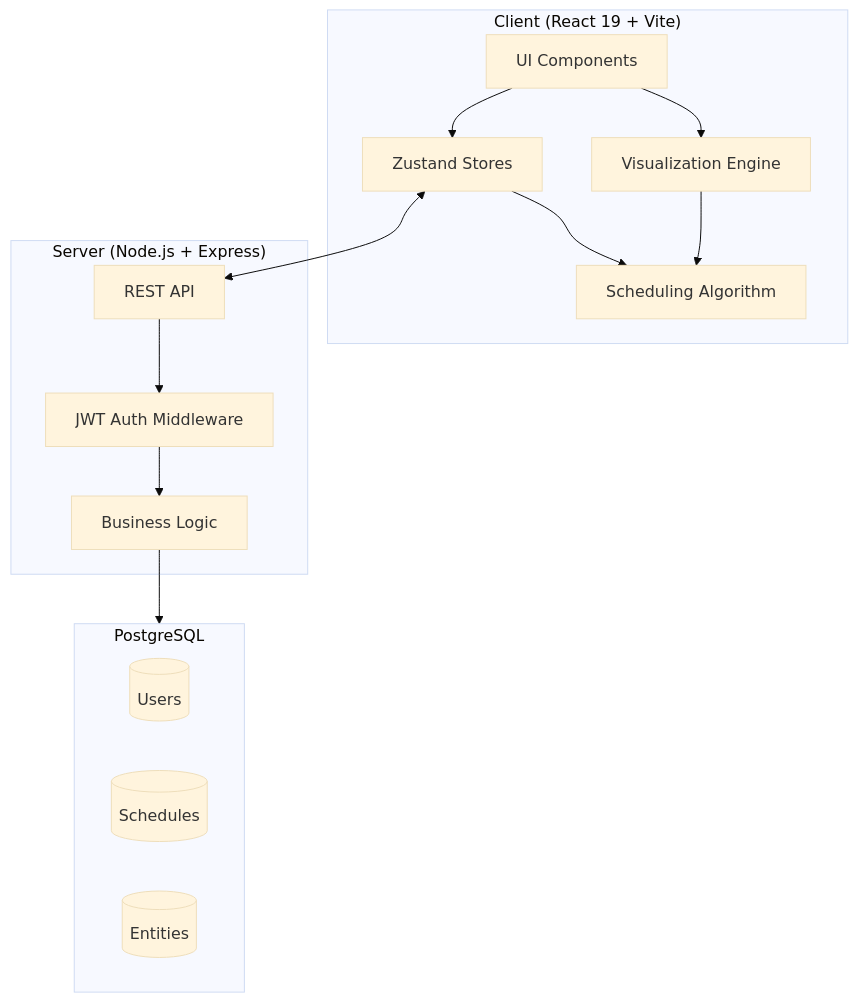
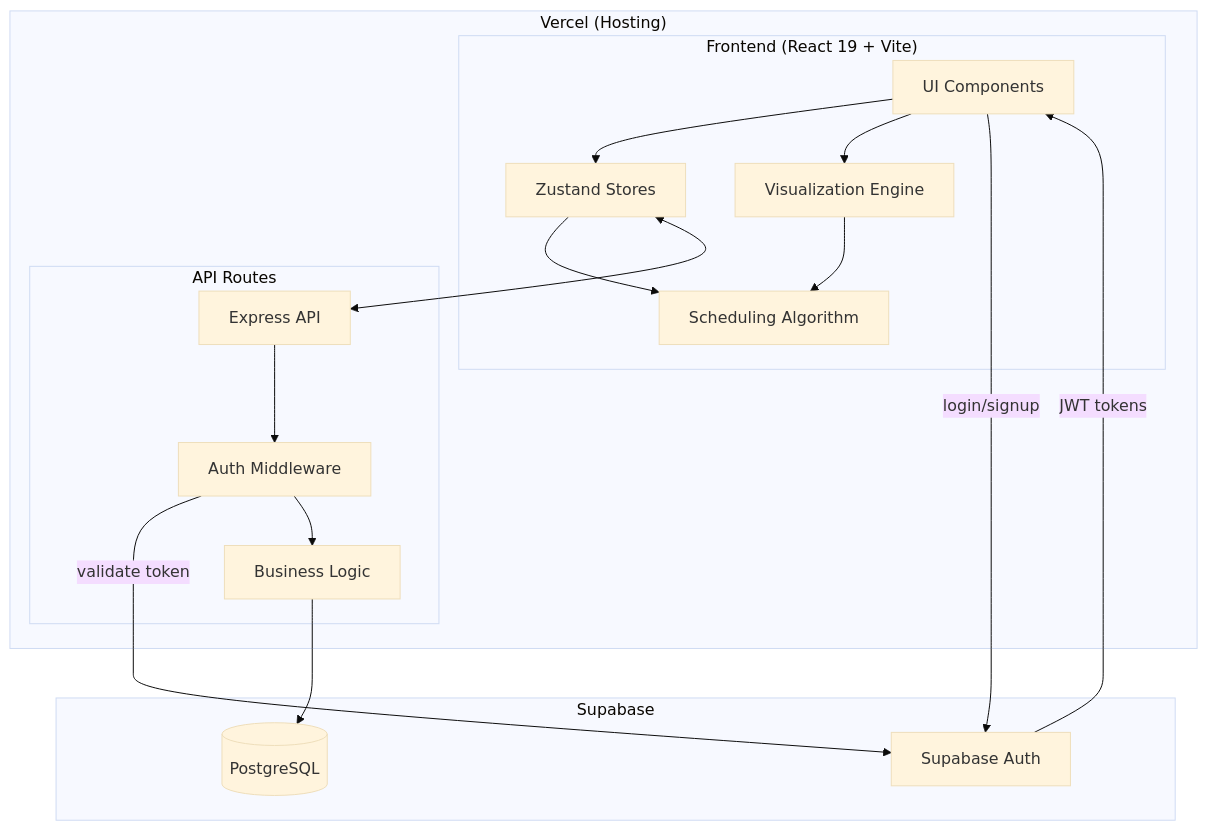
The diagram in .kiro/specs/education-management-modernization/design.md (AvetBadalyan/Edu-Scheduler), drawn with Mermaid (base theme) before and after one commit. The commit also changed other lines of this file and 55 other files, not shown here.

````diff
--- a/.kiro/specs/education-management-modernization/design.md
+++ b/.kiro/specs/education-management-modernization/design.md
@@ -50,30 +84,36 @@
 ```mermaid
 graph TB
-    subgraph Client["Client (React 19 + Vite)"]
-        UI[UI Components]
-        Stores[Zustand Stores]
-        Algo[Scheduling Algorithm]
-        Viz[Visualization Engine]
+    subgraph Vercel["Vercel (Hosting)"]
+        subgraph Client["Frontend (React 19 + Vite)"]
+            UI[UI Components]
+            Stores[Zustand Stores]
+            Algo[Scheduling Algorithm]
+            Viz[Visualization Engine]
+        end
+
+        subgraph ServerlessAPI["API Routes"]
+            API[Express API]
+            AuthMW[Auth Middleware]
+            Services[Business Logic]
+        end
     end
 
-    subgraph Server["Server (Node.js + Express)"]
-        API[REST API]
-        Auth[JWT Auth Middleware]
-        Services[Business Logic]
-    end
-
-    subgraph Database["PostgreSQL"]
-        Users[(Users)]
-        Schedules[(Schedules)]
-        Entities[(Entities)]
+    subgraph Supabase["Supabase"]
+        SupaAuth[Supabase Auth]
+        SupaDB[(PostgreSQL)]
     end
 
     UI --> Stores
     UI --> Viz
     Stores --> Algo
     Viz --> Algo
     Stores <--> API
-    API --> Auth
-    Auth --> Services
-    Services --> Database
+
+    %% Auth flow
+    UI -- "login/signup" --> SupaAuth
+    SupaAuth -- "JWT tokens" --> UI
+    API --> AuthMW
+    AuthMW -- "validate token" --> SupaAuth
+    AuthMW --> Services
+    Services --> SupaDB
 ```
````
